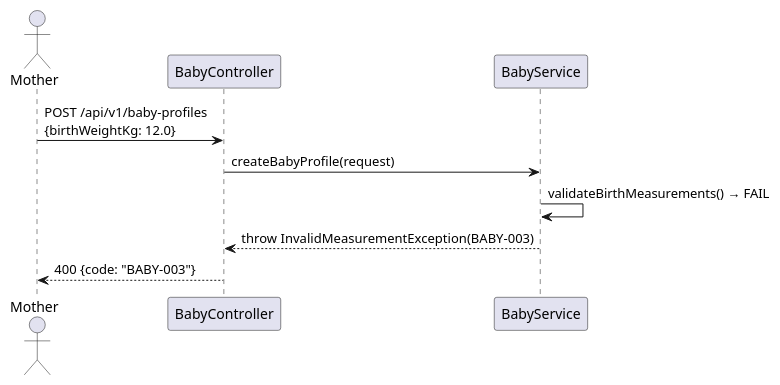
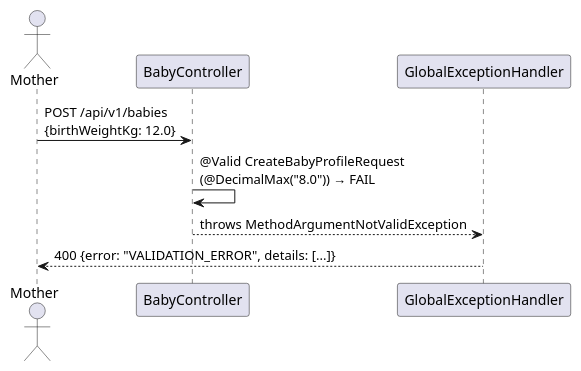
Before and after one commit to ChuongBDHE172784/CareBridge_SEP490_G79: the third of 3 diagrams in 04_Implement/UC31_CreateBabyProfile/UC31_CreateBabyProfile_TDS.md, drawn with PlantUML. The commit also changed other lines of this file and 95 other files, not shown here.

````diff
--- a/04_Implement/UC31_CreateBabyProfile/UC31_CreateBabyProfile_TDS.md
+++ b/04_Implement/UC31_CreateBabyProfile/UC31_CreateBabyProfile_TDS.md
@@ -241,13 +240,12 @@
 ```plantuml
 @startuml CreateBabyProfile_ErrorPath
 actor "Mother" as Client
 participant "BabyController" as Controller
-participant "BabyService" as Service
+participant "GlobalExceptionHandler" as Handler
 
-Client -> Controller : POST /api/v1/baby-profiles\n{birthWeightKg: 12.0}
-Controller -> Service : createBabyProfile(request)
-Service -> Service : validateBirthMeasurements() → FAIL
-Service --> Controller : throw InvalidMeasurementException(BABY-003)
-Controller --> Client : 400 {code: "BABY-003"}
+Client -> Controller : POST /api/v1/babies\n{birthWeightKg: 12.0}
+Controller -> Controller : @Valid CreateBabyProfileRequest\n(@DecimalMax("8.0")) → FAIL
+Controller --> Handler : throws MethodArgumentNotValidException
+Handler --> Client : 400 {error: "VALIDATION_ERROR", details: [...]}
 @enduml
 ```
````
